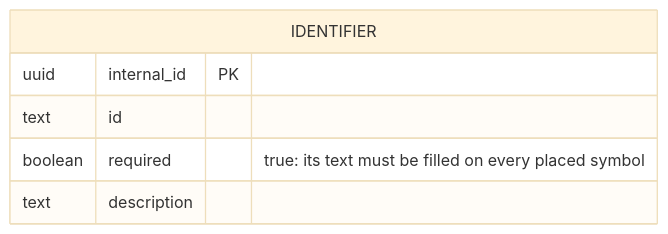
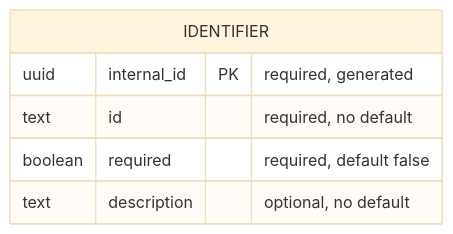
The diagram in metadata/entities/01-identifier.md (AlexandreGallais/synoptic-studio-spec), drawn with Mermaid (base theme) before and after one commit. The commit also changed other lines of this file and 3 other files, not shown here.

First line of the commit message:
docs(entities): show only structure in entity schemas

````diff
--- a/metadata/entities/01-identifier.md
+++ b/metadata/entities/01-identifier.md
@@ -13,9 +11,9 @@
 ```mermaid
 erDiagram
     IDENTIFIER {
-        uuid internal_id PK
-        text id
-        boolean required "true: its text must be filled on every placed symbol"
-        text description
+        uuid internal_id PK "required, generated"
+        text id "required, no default"
+        boolean required "required, default false"
+        text description "optional, no default"
     }
 ```
````
